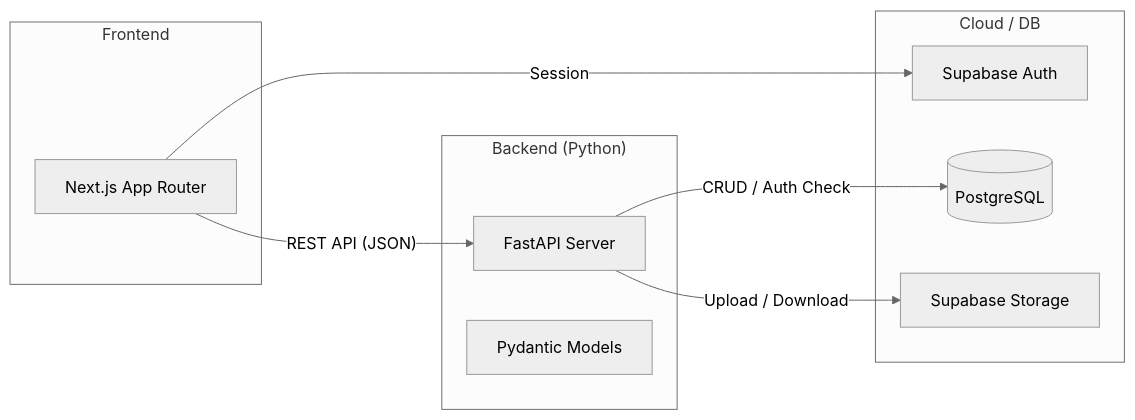
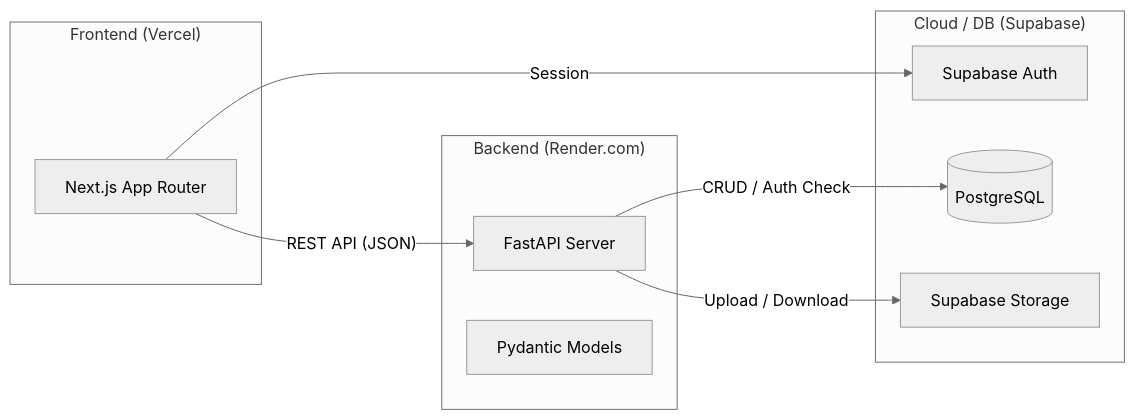
One commit to takeshi-cyugun/cosetton changed the diagram in README.md. Above: the diagram before and after it, drawn with Mermaid (neutral theme). The commit also changed other lines of this file and 5 other files, not shown here.

````diff
--- a/README.md
+++ b/README.md
@@ -24,22 +24,22 @@
 ```mermaid
 graph LR
-    subgraph "Frontend"
+    subgraph "Frontend (Vercel)"
         NextJS[Next.js App Router]
     end
 
-    subgraph "Backend (Python)"
+    subgraph "Backend (Render.com)"
         FastAPI[FastAPI Server]
         Pydantic[Pydantic Models]
     end
 
-    subgraph "Cloud / DB"
+    subgraph "Cloud / DB (Supabase)"
         Auth[Supabase Auth]
         DB[(PostgreSQL)]
         Storage[Supabase Storage]
     end
 
     NextJS -- "REST API (JSON)" --> FastAPI
     FastAPI -- "CRUD / Auth Check" --> DB
     FastAPI -- "Upload / Download" --> Storage
     NextJS -- "Session" --> Auth
 ```
````
